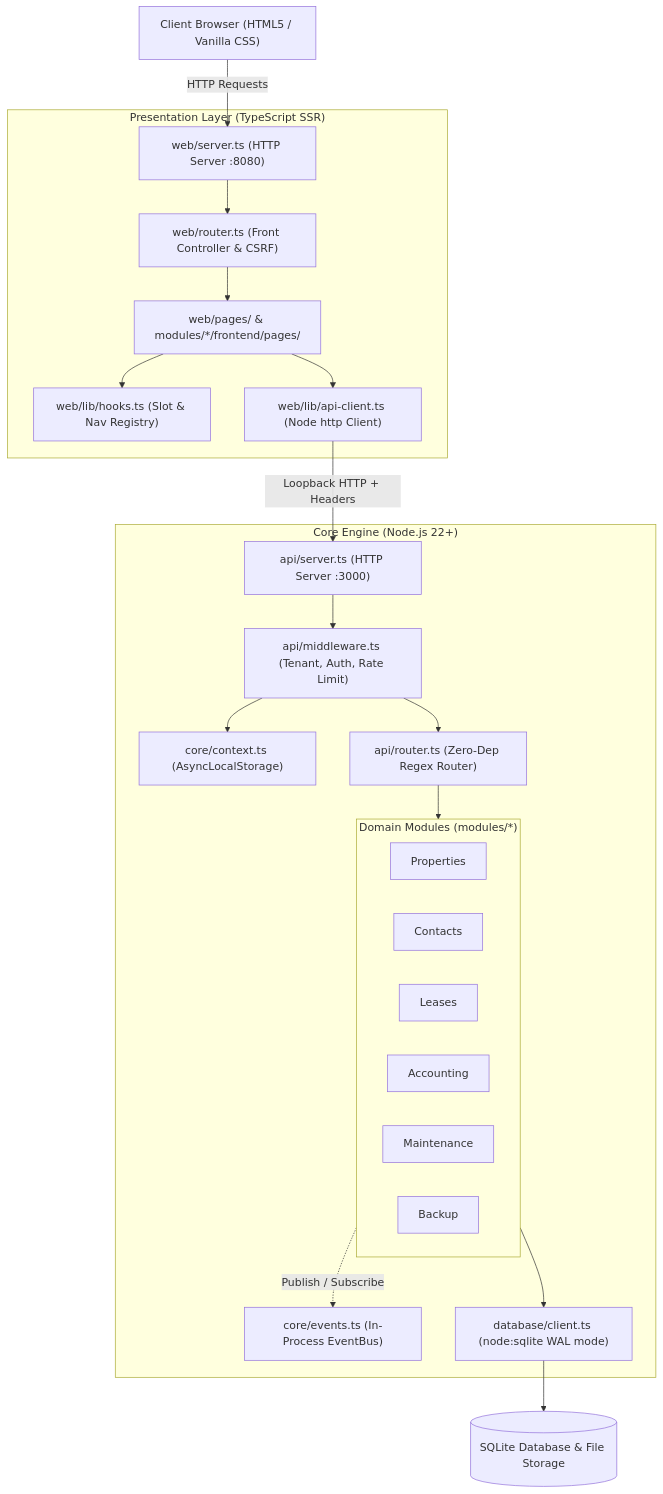
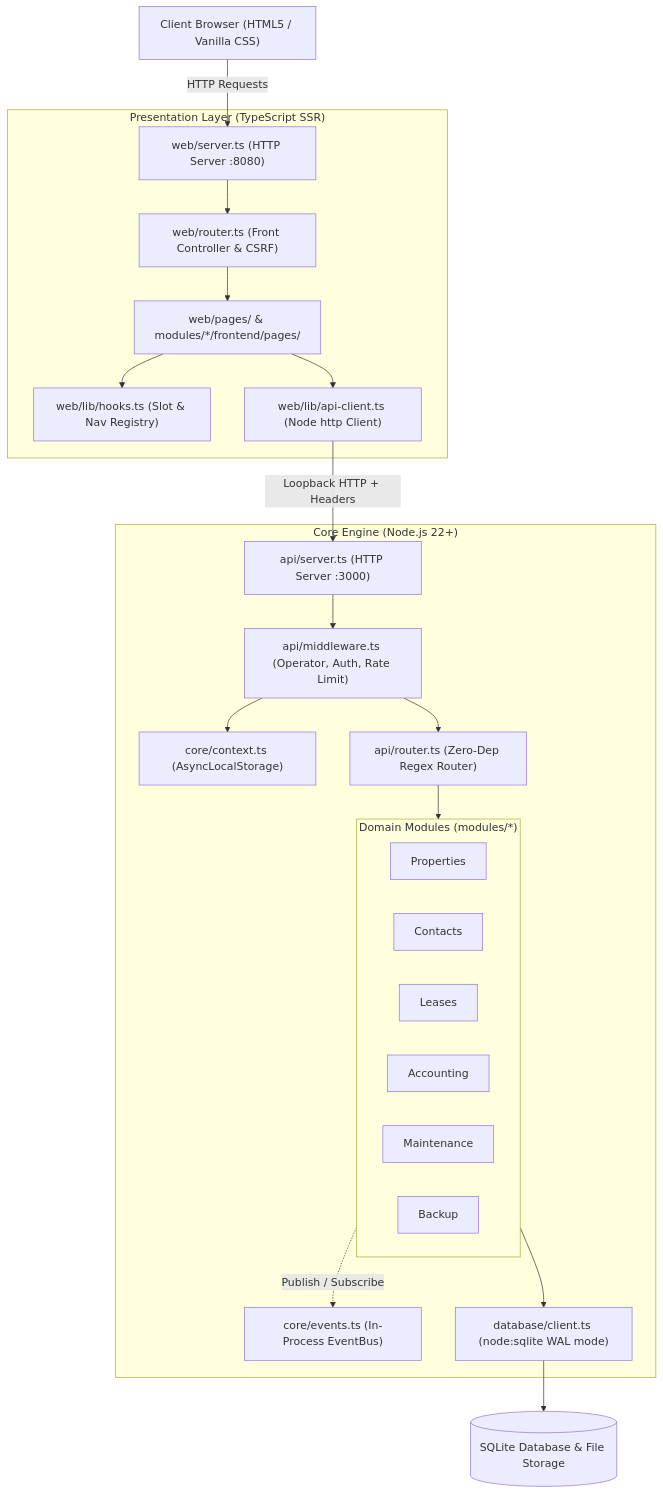
One commit to benacollier/GarrisonOS changed the diagram in docs/architecture/overview.md. Above: the diagram before and after it, drawn with Mermaid. The commit also changed other lines of this file and 69 other files, not shown here.

First line of the commit message:
refactor(core): migrate to multi-operator architecture and clarify domain tenants (#25)

````diff
--- a/docs/architecture/overview.md
+++ b/docs/architecture/overview.md
@@ -5,47 +5,47 @@
 ```mermaid
 flowchart TD
     Browser["Client Browser (HTML5 / Vanilla CSS)"]
     
     subgraph Frontend ["Presentation Layer (TypeScript SSR)"]
         Server["web/server.ts (HTTP Server :8080)"]
         Router["web/router.ts (Front Controller & CSRF)"]
         Pages["web/pages/ & modules/*/frontend/pages/"]
         Hooks["web/lib/hooks.ts (Slot & Nav Registry)"]
         ApiClient["web/lib/api-client.ts (Node http Client)"]
     end
     
     subgraph Backend ["Core Engine (Node.js 22+)"]
         ApiServer["api/server.ts (HTTP Server :3000)"]
-        Middleware["api/middleware.ts (Tenant, Auth, Rate Limit)"]
+        Middleware["api/middleware.ts (Operator, Auth, Rate Limit)"]
         Context["core/context.ts (AsyncLocalStorage)"]
         ApiRouter["api/router.ts (Zero-Dep Regex Router)"]
         
         subgraph Modules ["Domain Modules (modules/*)"]
             PropMod["Properties"]
             ContMod["Contacts"]
             LeaseMod["Leases"]
             AccMod["Accounting"]
             MaintMod["Maintenance"]
             BackupMod["Backup"]
         end
         
         Events["core/events.ts (In-Process EventBus)"]
         DB["database/client.ts (node:sqlite WAL mode)"]
     end
     
     Disk[("SQLite Database & File Storage")]
 
     Browser -->|HTTP Requests| Server
     Server --> Router
     Router --> Pages
     Pages --> Hooks
     Pages --> ApiClient
     ApiClient -->|Loopback HTTP + Headers| ApiServer
     ApiServer --> Middleware
     Middleware --> Context
     Middleware --> ApiRouter
     ApiRouter --> Modules
     Modules --> DB
     Modules -.->|Publish / Subscribe| Events
     DB --> Disk
 ```
````
